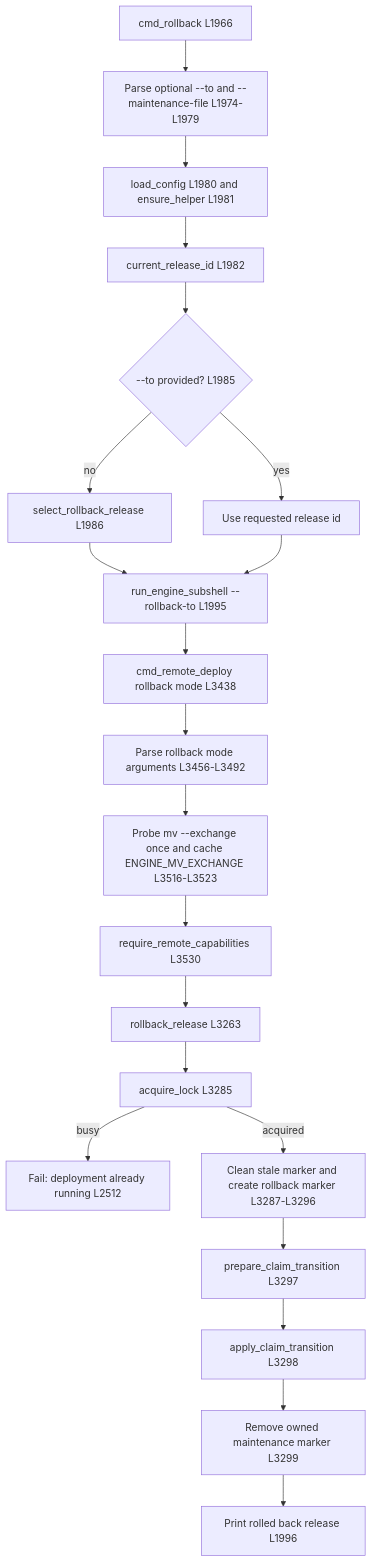
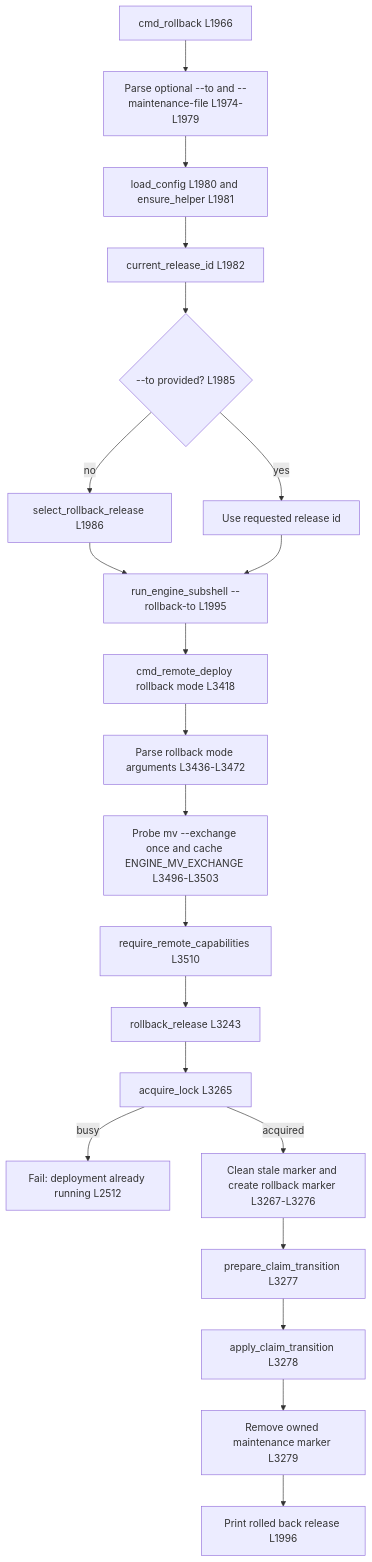
One commit to aipokalyptik/wpcloud-site-git-deploy changed diagram 11 of 13 in docs/code-flow.md. Above: the diagram before and after it, drawn with Mermaid. The commit also changed other lines of this file and 5 other files, not shown here.

````diff
--- a/docs/code-flow.md
+++ b/docs/code-flow.md
@@ -352,24 +352,24 @@
 ```mermaid
 flowchart TD
   ROLLBACK["cmd_rollback L1966"] --> RB1["Parse optional --to and --maintenance-file L1974-L1979"]
   RB1 --> RB2["load_config L1980 and ensure_helper L1981"]
   RB2 --> RB3["current_release_id L1982"]
   RB3 --> TARGET{"--to provided? L1985"}
   TARGET -->|no| SELECT["select_rollback_release L1986"]
   TARGET -->|yes| CHOSEN["Use requested release id"]
   SELECT --> RUN["run_engine_subshell --rollback-to L1995"]
   CHOSEN --> RUN
 
-  RUN --> ENGINE["cmd_remote_deploy rollback mode L3438"]
-  ENGINE --> PARSE["Parse rollback mode arguments L3456-L3492"]
-  PARSE --> EXCHANGE["Probe mv --exchange once and cache ENGINE_MV_EXCHANGE L3516-L3523"]
-  EXCHANGE --> REQ["require_remote_capabilities L3530"]
-  REQ --> RBENG["rollback_release L3263"]
-  RBENG --> LOCK["acquire_lock L3285"]
+  RUN --> ENGINE["cmd_remote_deploy rollback mode L3418"]
+  ENGINE --> PARSE["Parse rollback mode arguments L3436-L3472"]
+  PARSE --> EXCHANGE["Probe mv --exchange once and cache ENGINE_MV_EXCHANGE L3496-L3503"]
+  EXCHANGE --> REQ["require_remote_capabilities L3510"]
+  REQ --> RBENG["rollback_release L3243"]
+  RBENG --> LOCK["acquire_lock L3265"]
   LOCK -->|busy| BUSY["Fail: deployment already running L2512"]
-  LOCK -->|acquired| MARKER["Clean stale marker and create rollback marker L3287-L3296"]
-  MARKER --> PREPARE["prepare_claim_transition L3297"]
-  PREPARE --> APPLY["apply_claim_transition L3298"]
-  APPLY --> CLEAR["Remove owned maintenance marker L3299"]
+  LOCK -->|acquired| MARKER["Clean stale marker and create rollback marker L3267-L3276"]
+  MARKER --> PREPARE["prepare_claim_transition L3277"]
+  PREPARE --> APPLY["apply_claim_transition L3278"]
+  APPLY --> CLEAR["Remove owned maintenance marker L3279"]
   CLEAR --> PRINT["Print rolled back release L1996"]
 ```
````
